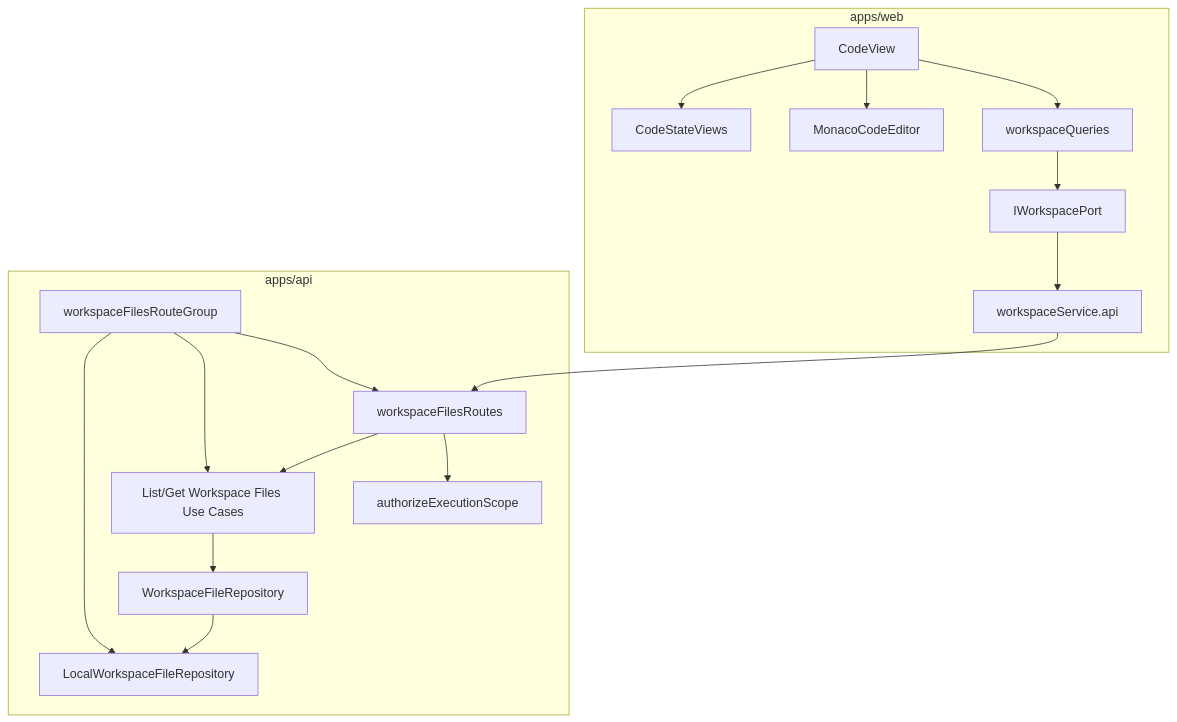
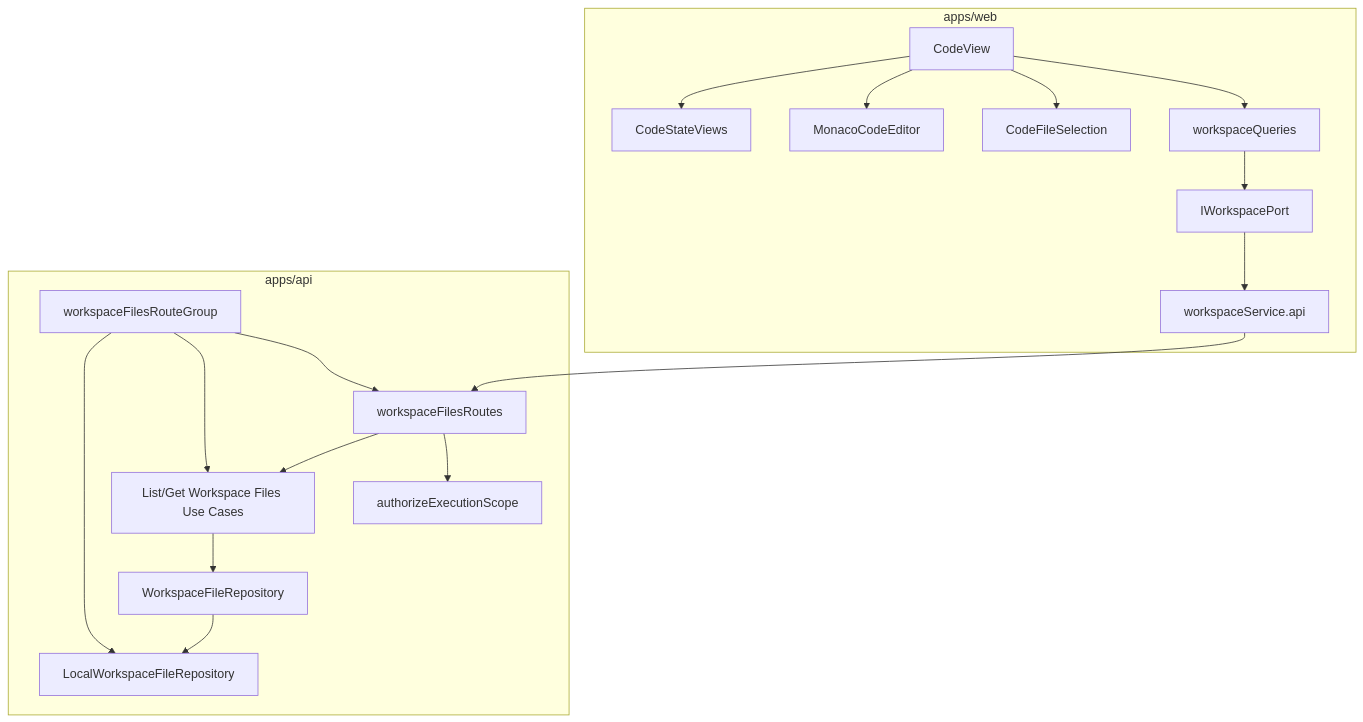
The second of 2 diagrams in docs/architecture/components/web/code-workbench-workspace-files-component.md (dunay2/dvt), drawn with Mermaid before and after one commit. The commit also changed other lines of this file and 35 other files, not shown here.

````diff
--- a/docs/architecture/components/web/code-workbench-workspace-files-component.md
+++ b/docs/architecture/components/web/code-workbench-workspace-files-component.md
@@ -123,34 +127,36 @@
 ```mermaid
 flowchart TB
   subgraph Web["apps/web"]
     CodeView["CodeView"]
+    Selection["CodeFileSelection"]
     Queries["workspaceQueries"]
     Editor["MonacoCodeEditor"]
     WorkspacePort["IWorkspacePort"]
     ApiWorkspaceService["workspaceService.api"]
     CodeStates["CodeStateViews"]
   end
 
   subgraph Api["apps/api"]
     Composer["workspaceFilesRouteGroup"]
     Routes["workspaceFilesRoutes"]
     Auth["authorizeExecutionScope"]
     UseCases["List/Get Workspace Files Use Cases"]
     Port["WorkspaceFileRepository"]
     Adapter["LocalWorkspaceFileRepository"]
   end
 
   CodeView --> Queries
+  CodeView --> Selection
   CodeView --> Editor
   Queries --> WorkspacePort
   WorkspacePort --> ApiWorkspaceService
   ApiWorkspaceService --> Routes
   Composer --> Routes
   Composer --> UseCases
   Composer --> Adapter
   Routes --> Auth
   Routes --> UseCases
   UseCases --> Port
   Port --> Adapter
   CodeView --> CodeStates
 ```
````
